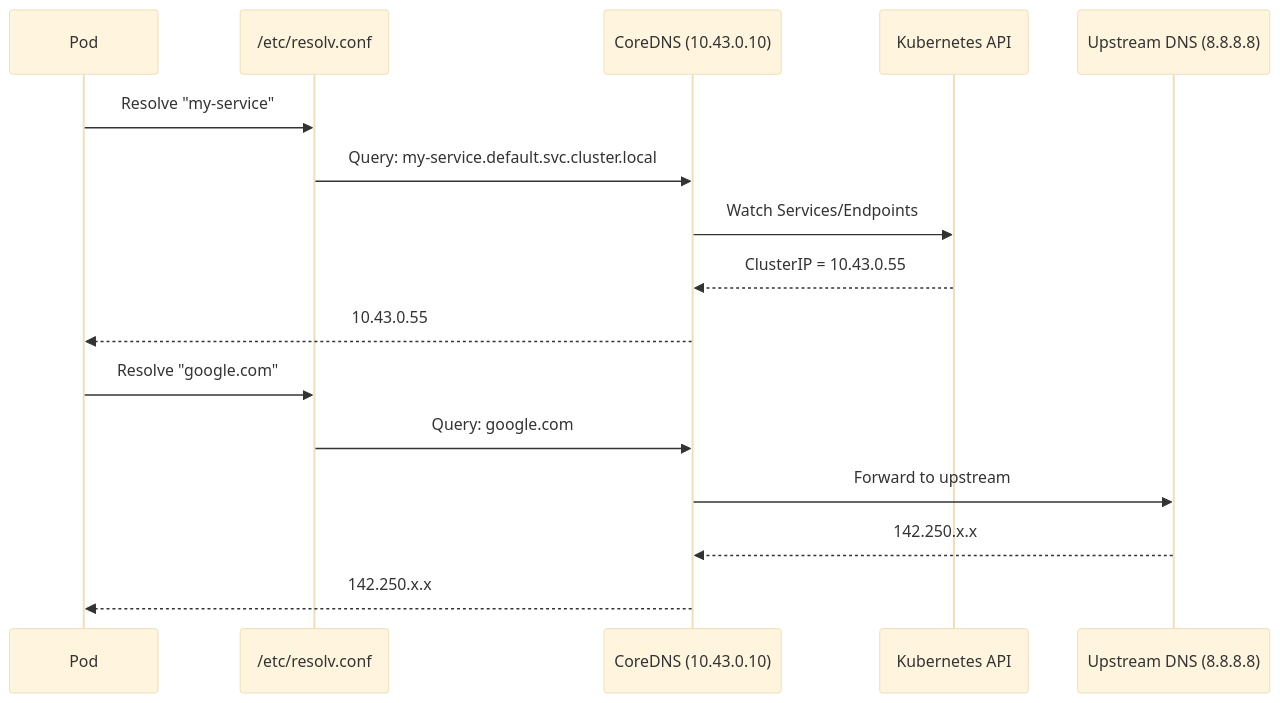
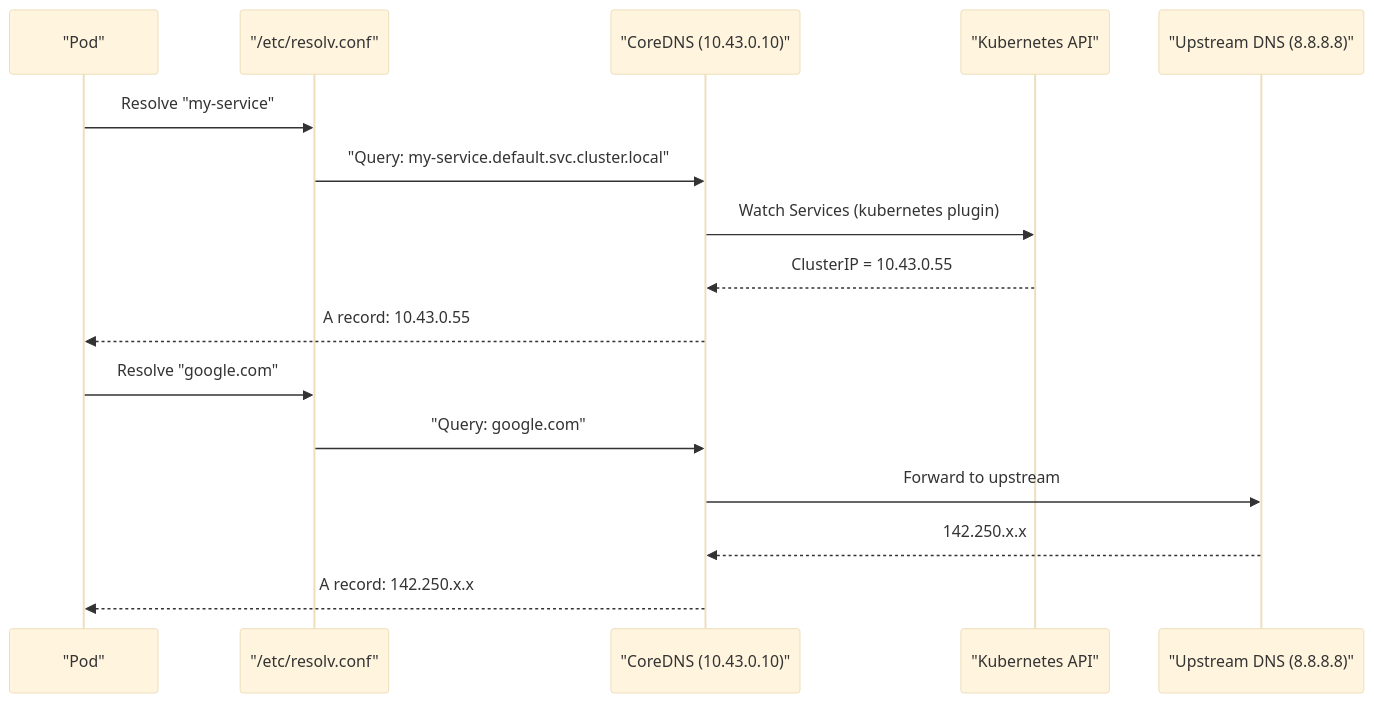
One commit to UncleJS/course_k3s changed the first of 6 diagrams in 04_networking/03_dns_coredns.md. Above: the diagram before and after it, drawn with Mermaid (base theme). The commit also changed other lines of this file and 45 other files, not shown here.

First line of the commit message:
Expand all course lessons: Mermaid diagrams + rich prose across 43 files

````diff
--- a/04_networking/03_dns_coredns.md
+++ b/04_networking/03_dns_coredns.md
@@ -36,20 +41,20 @@
 ```mermaid
 sequenceDiagram
-    participant P as Pod
-    participant R as /etc/resolv.conf
-    participant C as CoreDNS (10.43.0.10)
-    participant K as Kubernetes API
-    participant U as Upstream DNS (8.8.8.8)
+    participant P as "Pod"
+    participant R as "/etc/resolv.conf"
+    participant C as "CoreDNS (10.43.0.10)"
+    participant K as "Kubernetes API"
+    participant U as "Upstream DNS (8.8.8.8)"
 
     P->>R: Resolve "my-service"
-    R->>C: Query: my-service.default.svc.cluster.local
-    C->>K: Watch Services/Endpoints
+    R->>C: "Query: my-service.default.svc.cluster.local"
+    C->>K: Watch Services (kubernetes plugin)
     K-->>C: ClusterIP = 10.43.0.55
-    C-->>P: 10.43.0.55
+    C-->>P: A record: 10.43.0.55
 
     P->>R: Resolve "google.com"
-    R->>C: Query: google.com
+    R->>C: "Query: google.com"
     C->>U: Forward to upstream
     U-->>C: 142.250.x.x
-    C-->>P: 142.250.x.x
+    C-->>P: A record: 142.250.x.x
 ```
````
